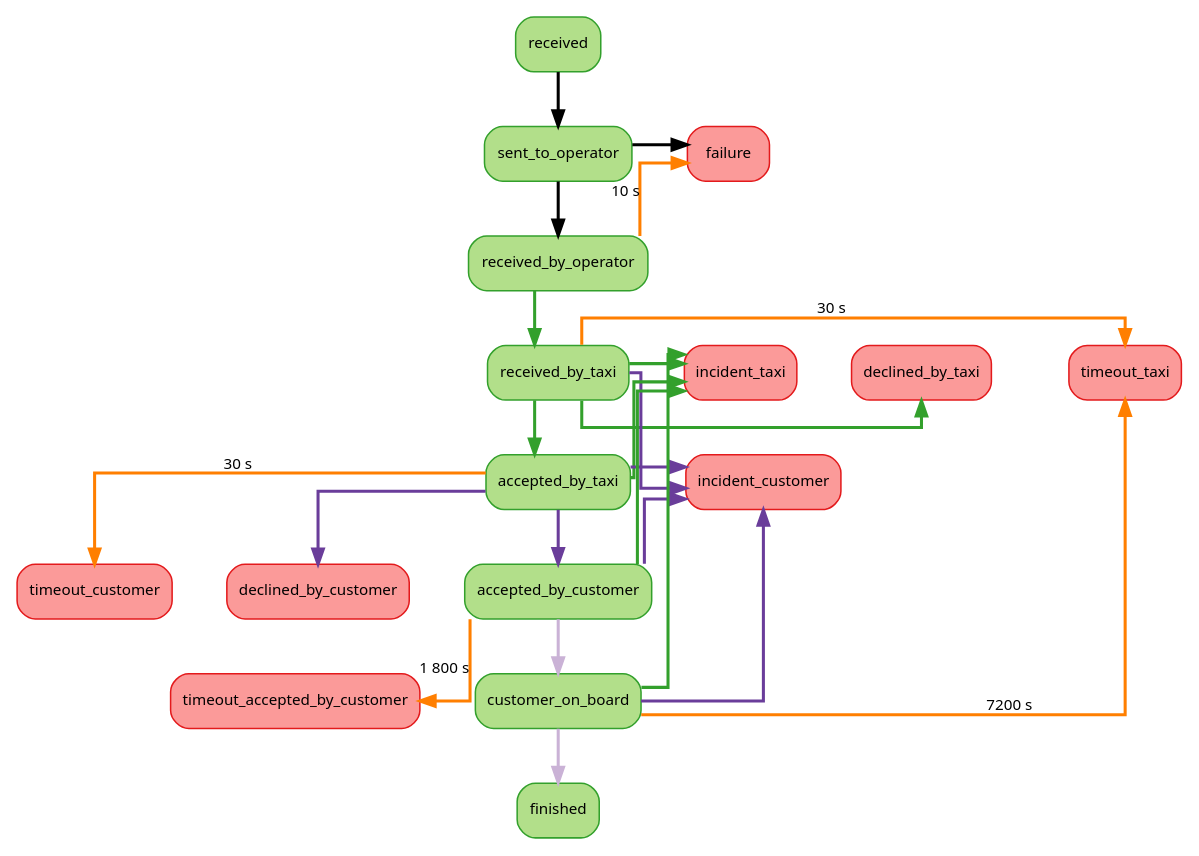
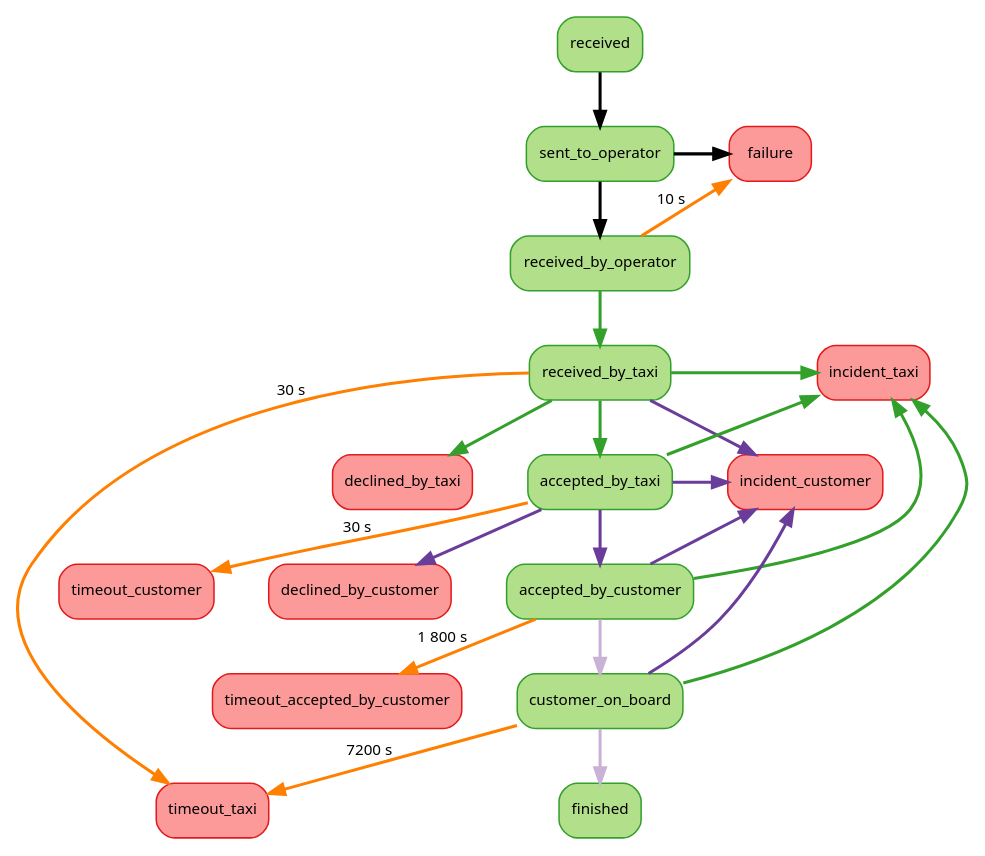
One commit to openmaraude/console changed the diagram in public/images/doc/trip-status.gv. Above: the diagram before and after it, drawn with Graphviz. The commit also changed 2 other files, not shown here.

Commit message:
make graphs narrower to fit the page width

```diff
--- a/public/images/doc/trip-status.gv
+++ b/public/images/doc/trip-status.gv
@@ -1,65 +1,62 @@
 digraph {
     rankdir=TB;
-    splines=ortho;
     nodesep=0.5;
     node [shape=box,fontname=sans,fontsize=10,colorscheme=paired10];
     edge [fontname=sans,fontsize=10,colorscheme=paired10];
     node [color=4,style="rounded,filled",fillcolor=3];
     received;
     sent_to_operator;
     received_by_operator;
     received_by_taxi;
     accepted_by_taxi;
     accepted_by_customer;
     customer_on_board;
     finished;
     node [color=6,fillcolor=5];
     failure;
     declined_by_taxi;
     incident_taxi;
     timeout_taxi;
     incident_customer;
     declined_by_customer;
     timeout_customer;
     timeout_accepted_by_customer;
 
     edge [style=bold]; // server update
     received -> sent_to_operator [weight=8];
     sent_to_operator -> received_by_operator [weight=8];
     sent_to_operator -> failure;
 
     edge [color=4]; // operator updates
     received_by_operator -> received_by_taxi [weight=8];
     received_by_taxi -> accepted_by_taxi [weight=8];
     received_by_taxi -> declined_by_taxi;
     received_by_taxi -> incident_taxi;
     accepted_by_taxi -> incident_taxi;
     accepted_by_customer -> incident_taxi;
     customer_on_board -> incident_taxi;
 
     edge [color=8]; // timeouts
     received_by_operator -> failure [xlabel="10 s"];
     received_by_taxi -> timeout_taxi [xlabel="30 s"];
     accepted_by_taxi -> timeout_customer [xlabel="30 s"];
     accepted_by_customer -> timeout_accepted_by_customer [xlabel="1 800 s"];
     customer_on_board -> timeout_taxi [xlabel="7200 s"];
 
     edge [color=10]; // search engine updates
     accepted_by_taxi -> accepted_by_customer [weight=8];
     received_by_taxi -> incident_customer;
     accepted_by_taxi -> incident_customer;
     accepted_by_taxi -> declined_by_customer;
     accepted_by_customer -> incident_customer;
     customer_on_board -> incident_customer;
 
     edge [color=9]; // after taxi status update
     accepted_by_customer -> customer_on_board [weight=8];
     customer_on_board -> finished [weight=8];
 
+    // Trick to make the graph narrower
     { rank = same; sent_to_operator; failure; }
     { rank = same; received_by_taxi; incident_taxi; }
-    { rank = same; received_by_taxi; timeout_taxi; }
-    { rank = same; received_by_taxi; declined_by_taxi; }
     { rank = same; accepted_by_taxi; incident_customer; }
-    { rank = same; customer_on_board; timeout_accepted_by_customer; }
 }
```
